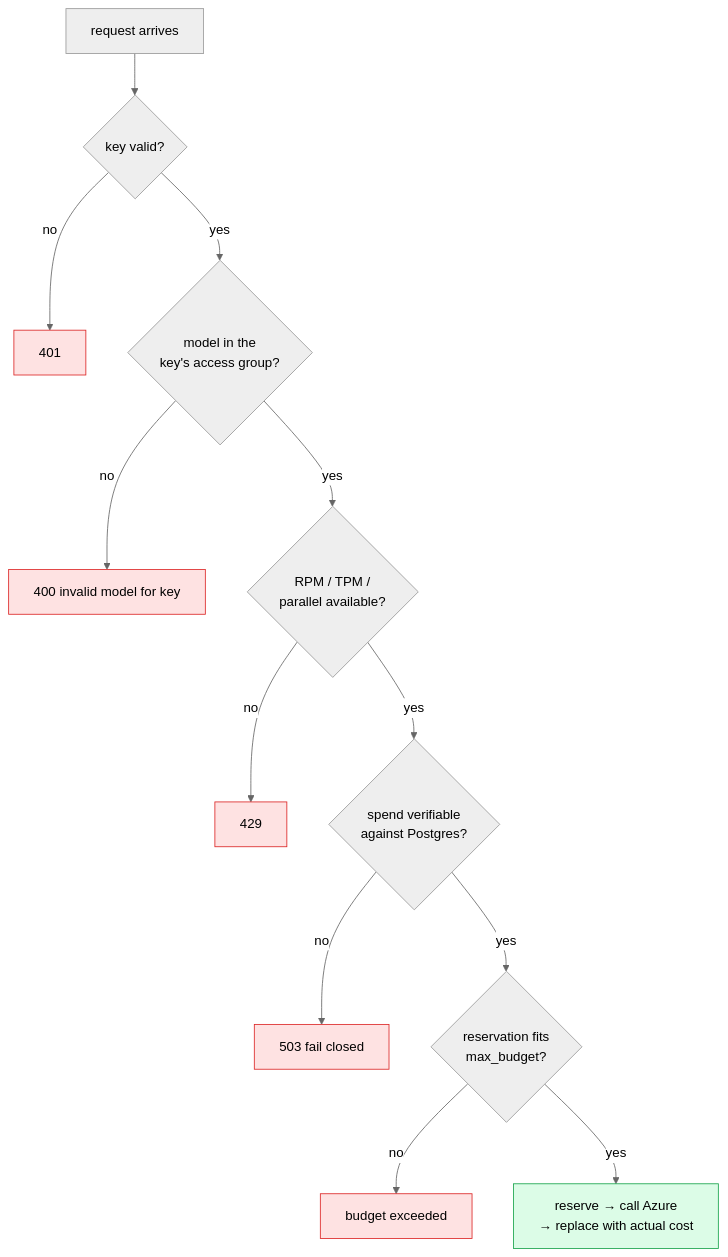
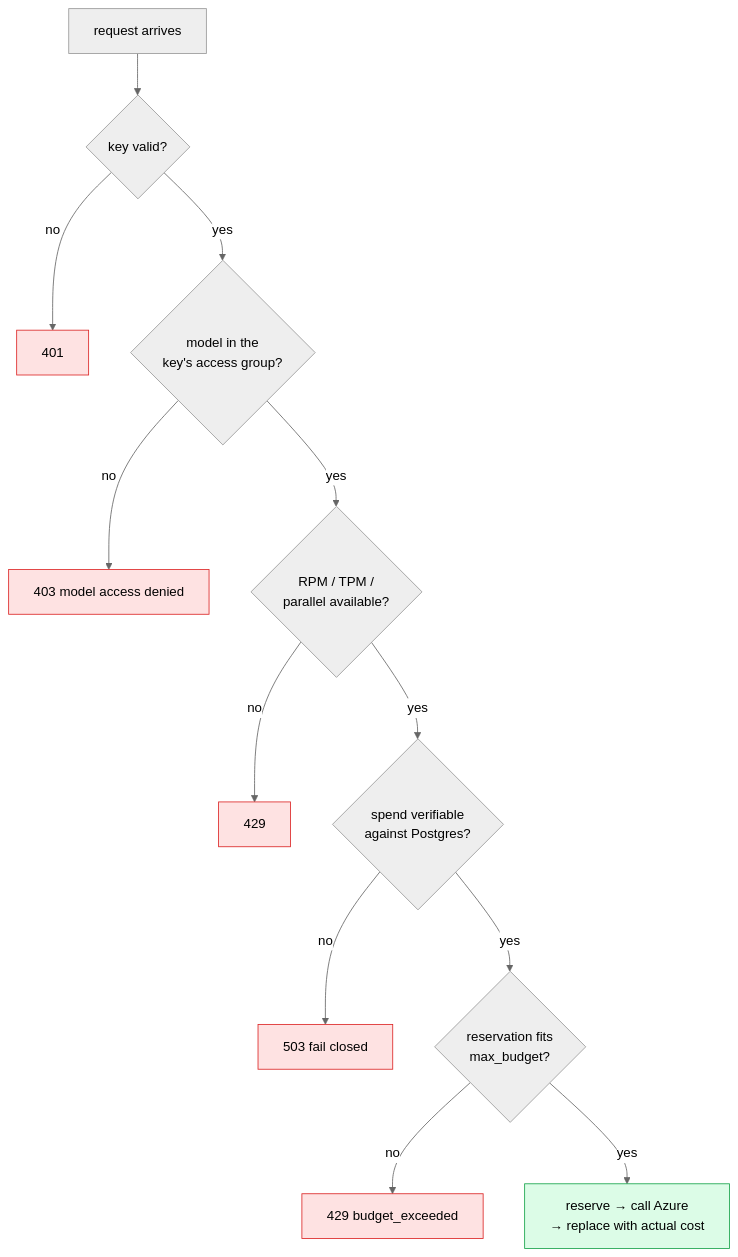
Before and after one commit to mahipalparegi/LiteLLMProxy: the eighth of 11 diagrams in README.md, drawn with Mermaid (neutral theme). The commit also changed other lines of this file and 12 other files, not shown here.

````diff
--- a/README.md
+++ b/README.md
@@ -709,20 +669,20 @@
 ```mermaid
 flowchart TD
     R["request arrives"] --> A{"key valid?"}
     A -->|no| X1["401"]
     A -->|yes| B{"model in the<br/>key's access group?"}
-    B -->|no| X2["400 invalid model for key"]
+    B -->|no| X2["403 model access denied"]
     B -->|yes| C{"RPM / TPM /<br/>parallel available?"}
     C -->|no| X3["429"]
     C -->|yes| D{"spend verifiable<br/>against Postgres?"}
     D -->|no| X4["503 fail closed"]
     D -->|yes| E{"reservation fits<br/>max_budget?"}
-    E -->|no| X5["budget exceeded"]
+    E -->|no| X5["429 budget_exceeded"]
     E -->|yes| F["reserve → call Azure<br/>→ replace with actual cost"]
     style X1 fill:#fee2e2,stroke:#dc2626
     style X2 fill:#fee2e2,stroke:#dc2626
     style X3 fill:#fee2e2,stroke:#dc2626
     style X4 fill:#fee2e2,stroke:#dc2626
     style X5 fill:#fee2e2,stroke:#dc2626
     style F fill:#dcfce7,stroke:#16a34a
 ```
````
